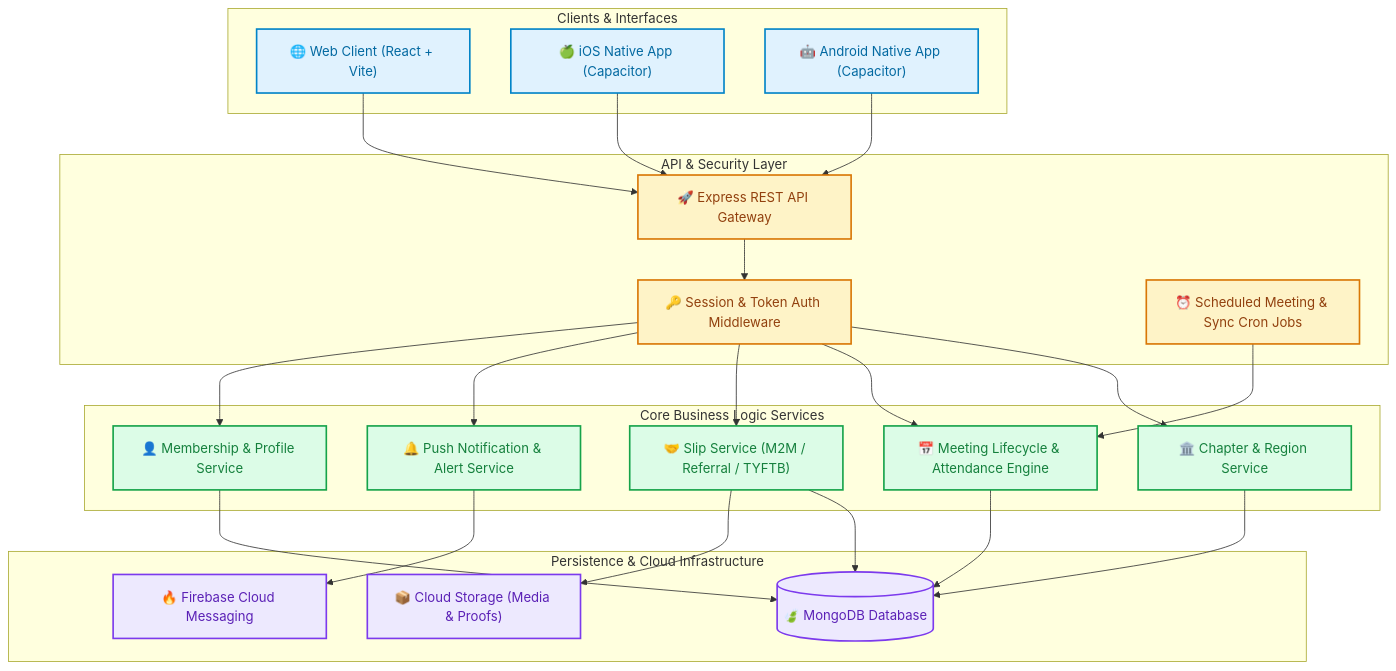
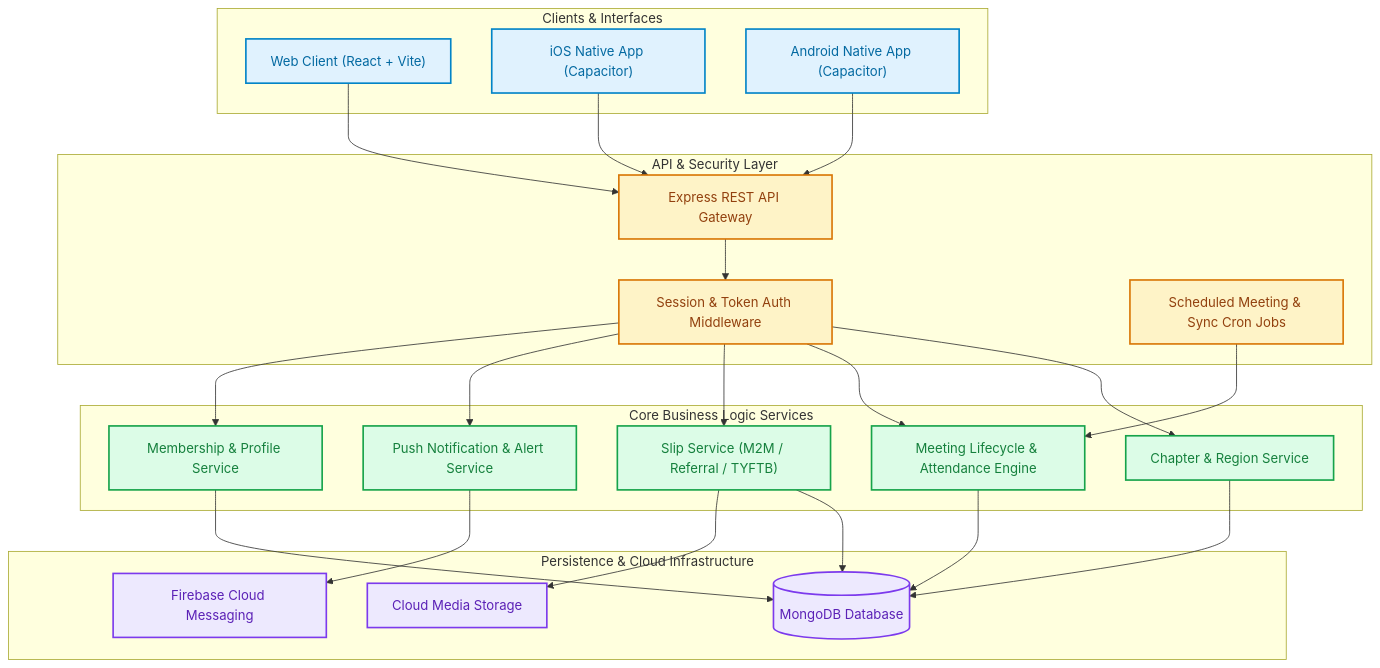
One commit to yoneshmurugan/SIBapp changed the diagram in README.md. Above: the diagram before and after it, drawn with Mermaid. The commit also changed other lines of this file, not shown here.

````diff
--- a/README.md
+++ b/README.md
@@ -88,56 +86,53 @@
 ```mermaid
 graph TD
-    %% Custom Styling
     classDef client fill:#e0f2fe,stroke:#0284c7,stroke-width:2px,color:#0369a1;
     classDef gateway fill:#fef3c7,stroke:#d97706,stroke-width:2px,color:#92400e;
     classDef service fill:#dcfce7,stroke:#16a34a,stroke-width:2px,color:#15803d;
     classDef storage fill:#ede9fe,stroke:#7c3aed,stroke-width:2px,color:#5b21b6;
-    classDef actor fill:#f3f4f6,stroke:#4b5563,stroke-width:2px,color:#1f2937;
 
     subgraph "Clients & Interfaces"
-        Web["🌐 Web Client (React + Vite)"]:::client
-        iOS["🍏 iOS Native App (Capacitor)"]:::client
-        Android["🤖 Android Native App (Capacitor)"]:::client
+        Web["Web Client (React + Vite)"]:::client
+        iOS["iOS Native App (Capacitor)"]:::client
+        Android["Android Native App (Capacitor)"]:::client
     end
 
     subgraph "API & Security Layer"
-        GW["🚀 Express REST API Gateway"]:::gateway
-        Auth["🔑 Session & Token Auth Middleware"]:::gateway
-        Cron["⏰ Scheduled Meeting & Sync Cron Jobs"]:::gateway
+        GW["Express REST API Gateway"]:::gateway
+        Auth["Session & Token Auth Middleware"]:::gateway
+        Cron["Scheduled Meeting & Sync Cron Jobs"]:::gateway
     end
 
     subgraph "Core Business Logic Services"
-        ChapterSvc["🏛️ Chapter & Region Service"]:::service
-        MeetingSvc["📅 Meeting Lifecycle & Attendance Engine"]:::service
-        SlipSvc["🤝 Slip Service (M2M / Referral / TYFTB)"]:::service
-        NotifSvc["🔔 Push Notification & Alert Service"]:::service
-        MemberSvc["👤 Membership & Profile Service"]:::service
+        ChapterSvc["Chapter & Region Service"]:::service
+        MeetingSvc["Meeting Lifecycle & Attendance Engine"]:::service
+        SlipSvc["Slip Service (M2M / Referral / TYFTB)"]:::service
+        NotifSvc["Push Notification & Alert Service"]:::service
+        MemberSvc["Membership & Profile Service"]:::service
     end
 
     subgraph "Persistence & Cloud Infrastructure"
-        DB[("🍃 MongoDB Database")]:::storage
-        FCM["🔥 Firebase Cloud Messaging"]:::storage
-        S3["📦 Cloud Storage (Media & Proofs)"]:::storage
+        DB[("MongoDB Database")]:::storage
+        FCM["Firebase Cloud Messaging"]:::storage
+        S3["Cloud Media Storage"]:::storage
     end
 
-    %% Routing
     Web --> GW
     iOS --> GW
     Android --> GW
 
     GW --> Auth
     Auth --> ChapterSvc
     Auth --> MeetingSvc
     Auth --> SlipSvc
     Auth --> NotifSvc
     Auth --> MemberSvc
 
     Cron --> MeetingSvc
 
     ChapterSvc --> DB
     MeetingSvc --> DB
     SlipSvc --> DB
     MemberSvc --> DB
     SlipSvc --> S3
     NotifSvc --> FCM
 ```
````
